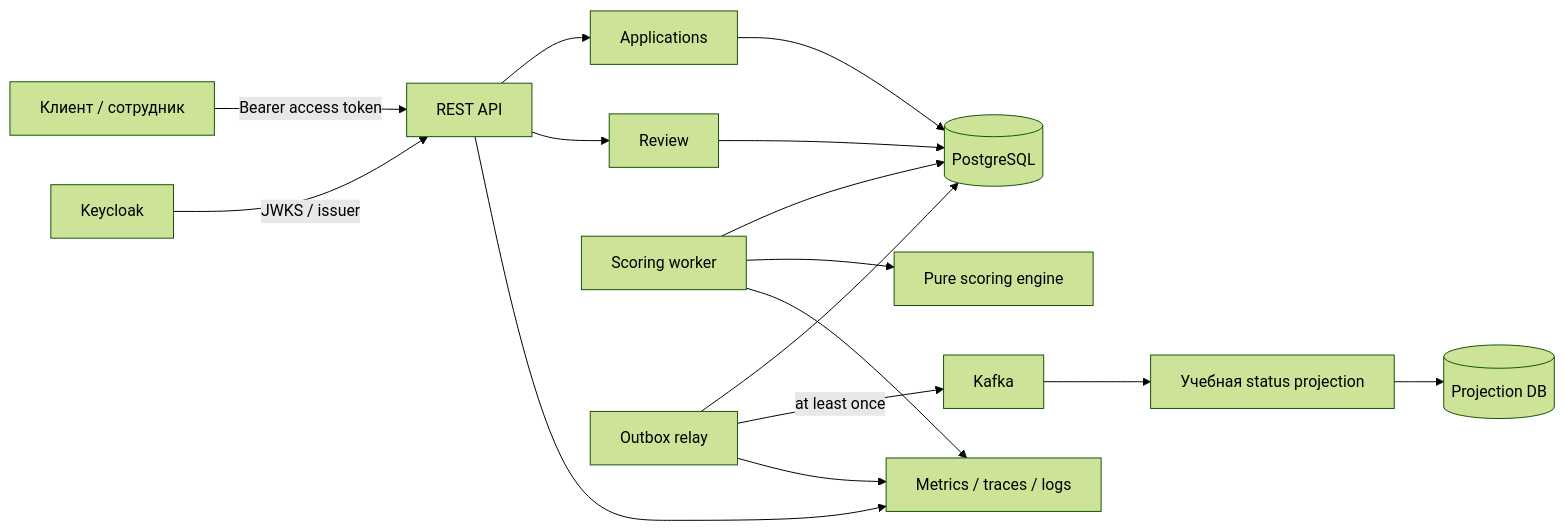
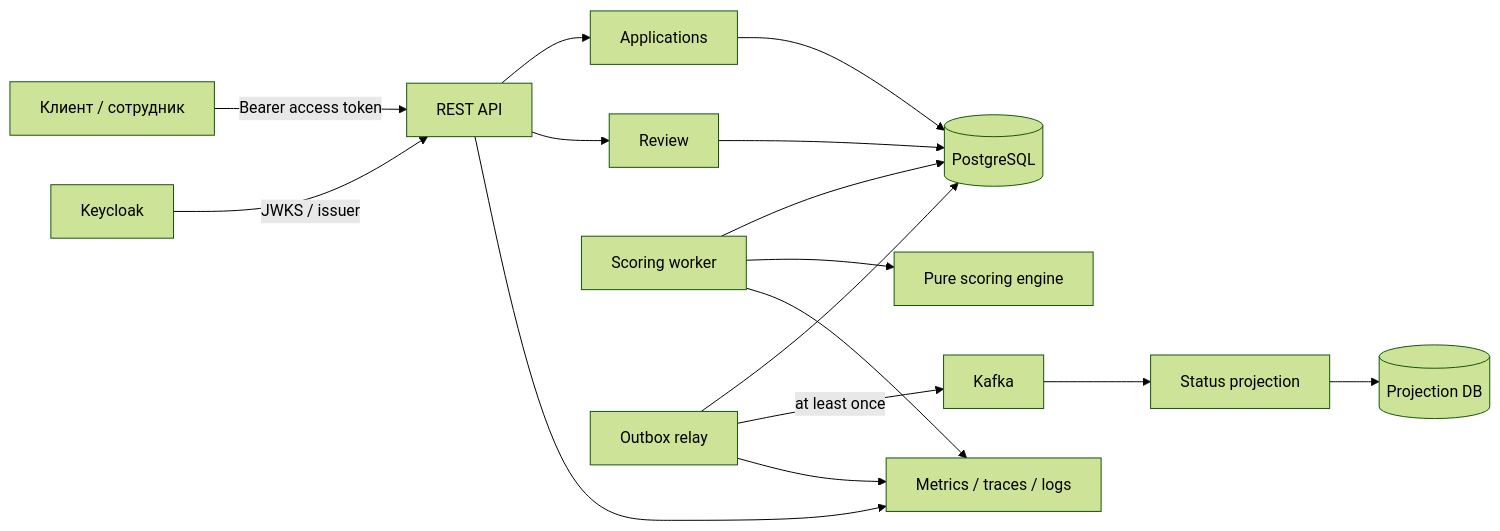
Before and after one commit to HubertFisher/credit-decision-platform: the first of 2 diagrams in docs/design.md, drawn with Mermaid (forest theme). The commit also changed other lines of this file and 13 other files, not shown here.

````diff
--- a/docs/design.md
+++ b/docs/design.md
@@ -83,18 +73,18 @@
 ```mermaid
 flowchart LR
   C[Клиент / сотрудник] -->|Bearer access token| API[REST API]
   K[Keycloak] -->|JWKS / issuer| API
   API --> A[Applications]
   API --> R[Review]
   A --> DB[(PostgreSQL)]
   R --> DB
   W[Scoring worker] --> DB
   W --> S[Pure scoring engine]
   O[Outbox relay] --> DB
   O -->|at least once| Q[Kafka]
-  Q --> P[Учебная status projection]
+  Q --> P[Status projection]
   P --> PD[(Projection DB)]
   API --> M[Metrics / traces / logs]
   W --> M
   O --> M
 ```
````
